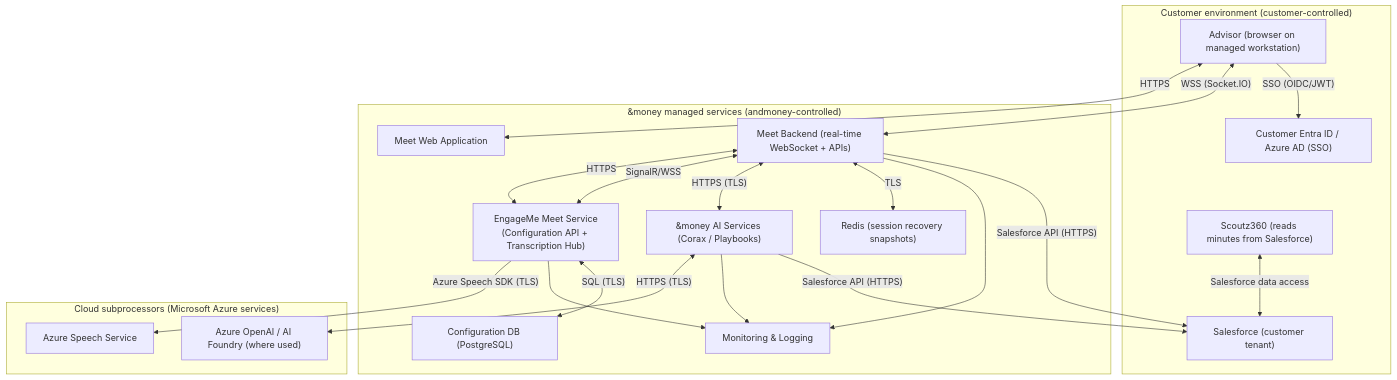
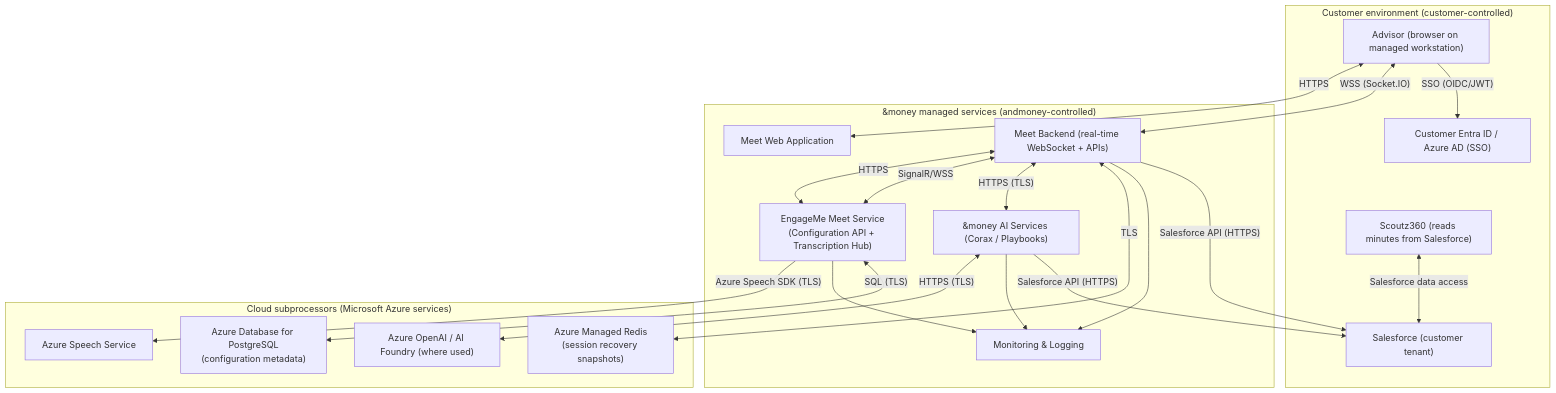
The diagram in _meet/security.md (andmoneyaps/docs), drawn with Mermaid before and after one commit. The commit also changed other lines of this file, not shown here.

Commit message:
meet: refine security doc boundaries

````diff
--- a/_meet/security.md
+++ b/_meet/security.md
@@ -24,47 +24,47 @@
 ```mermaid
 flowchart TB
   %% Trust boundaries: Customer vs &money vs Cloud subprocessors
   subgraph Customer["Customer environment (customer-controlled)"]
     Advisor["Advisor (browser on managed workstation)"]
     SF["Salesforce (customer tenant)"]
     IdP["Customer Entra ID / Azure AD (SSO)"]
     Scoutz["Scoutz360 (reads minutes from Salesforce)"]
   end
 
   subgraph Money["&money managed services (andmoney-controlled)"]
     MeetUI["Meet Web Application"]
     MeetBE["Meet Backend (real-time WebSocket + APIs)"]
     MeetSvc["EngageMe Meet Service\n(Configuration API + Transcription Hub)"]
     Corax["&money AI Services (Corax / Playbooks)"]
-    Redis["Redis (session recovery snapshots)"]
     Obs["Monitoring & Logging"]
-    ConfigDB["Configuration DB (PostgreSQL)"]
   end
 
   subgraph Cloud["Cloud subprocessors (Microsoft Azure services)"]
     AzureSpeech["Azure Speech Service"]
     AzureOpenAI["Azure OpenAI / AI Foundry (where used)"]
+    AzureRedis["Azure Managed Redis\n(session recovery snapshots)"]
+    AzurePostgres["Azure Database for PostgreSQL\n(configuration metadata)"]
   end
 
   Advisor <-->|"HTTPS"| MeetUI
   Advisor <-->|"WSS (Socket.IO)"| MeetBE
   Advisor -->|"SSO (OIDC/JWT)"| IdP
 
   MeetBE <-->|"HTTPS"| MeetSvc
   MeetBE <-->|"SignalR/WSS"| MeetSvc
   MeetSvc -->|"Azure Speech SDK (TLS)"| AzureSpeech
 
   MeetBE <-->|"HTTPS (TLS)"| Corax
   Corax <-->|"HTTPS (TLS)"| AzureOpenAI
 
-  MeetBE <-->|"TLS"| Redis
+  MeetBE <-->|"TLS"| AzureRedis
   MeetSvc --> Obs
   MeetBE --> Obs
   Corax --> Obs
 
-  MeetSvc <-->|"SQL (TLS)"| ConfigDB
+  MeetSvc <-->|"SQL (TLS)"| AzurePostgres
 
   Corax -->|"Salesforce API (HTTPS)"| SF
   MeetBE -->|"Salesforce API (HTTPS)"| SF
   Scoutz <-->|"Salesforce data access"| SF
 ```
````
